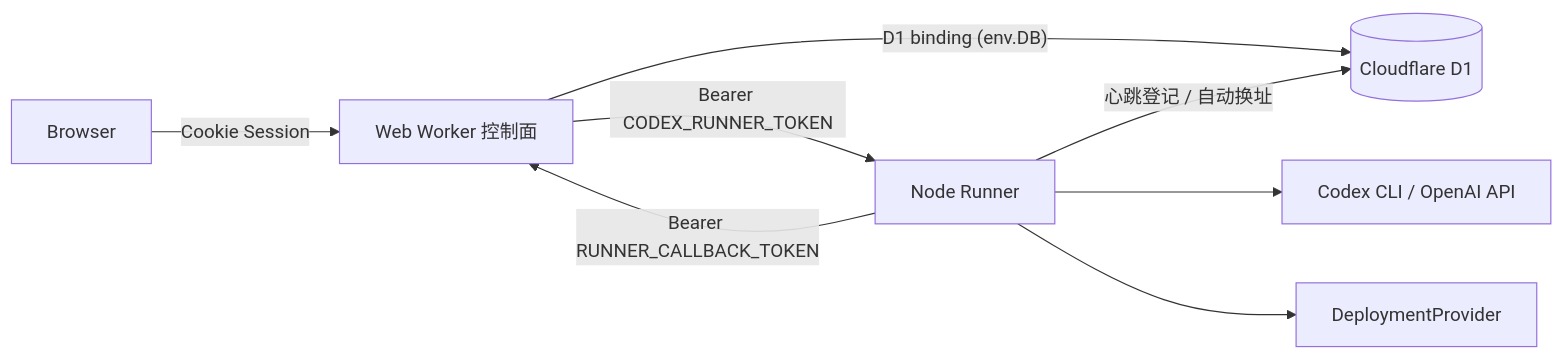
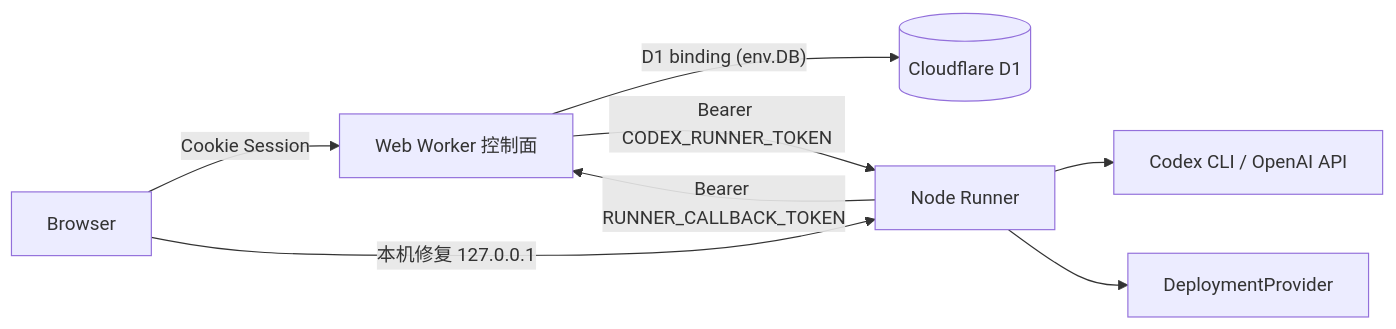
Before and after one commit to JonasQiu/mobile-app-build: the first of 2 diagrams in docs/API与事件协议.md, drawn with Mermaid. The commit also changed other lines of this file and 17 other files, not shown here.

````diff
--- a/docs/API与事件协议.md
+++ b/docs/API与事件协议.md
@@ -15,10 +15,10 @@
 ```mermaid
 flowchart LR
   B[Browser] -->|"Cookie Session"| W[Web Worker 控制面]
   W -->|"D1 binding (env.DB)"| D[(Cloudflare D1)]
   W -->|"Bearer CODEX_RUNNER_TOKEN"| R[Node Runner]
   R -->|"Bearer RUNNER_CALLBACK_TOKEN"| W
-  R -->|"心跳登记 / 自动换址"| D
+  B -->|"本机修复 127.0.0.1"| R
   R --> C[Codex CLI / OpenAI API]
   R --> P[DeploymentProvider]
 ```
````
